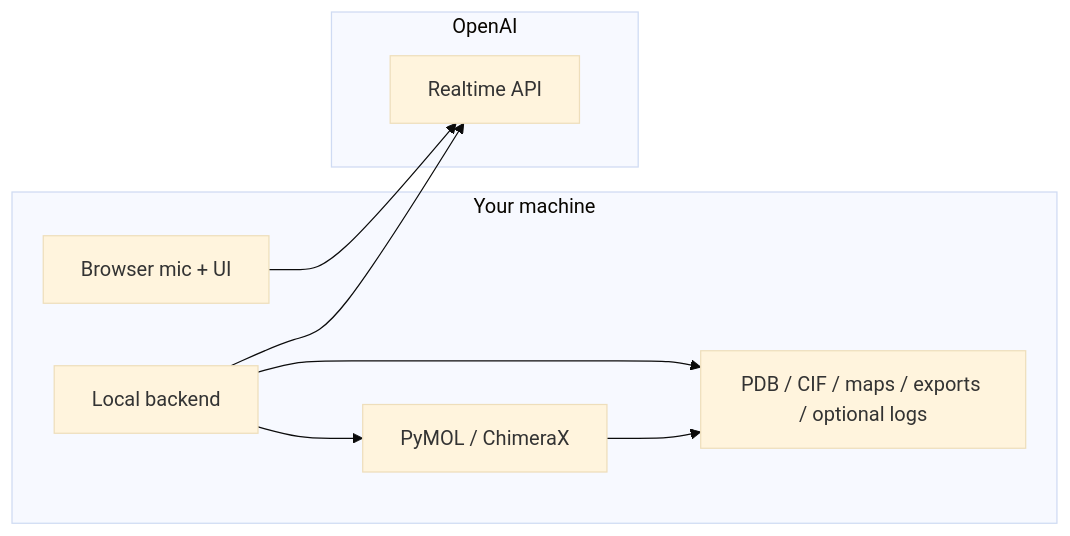
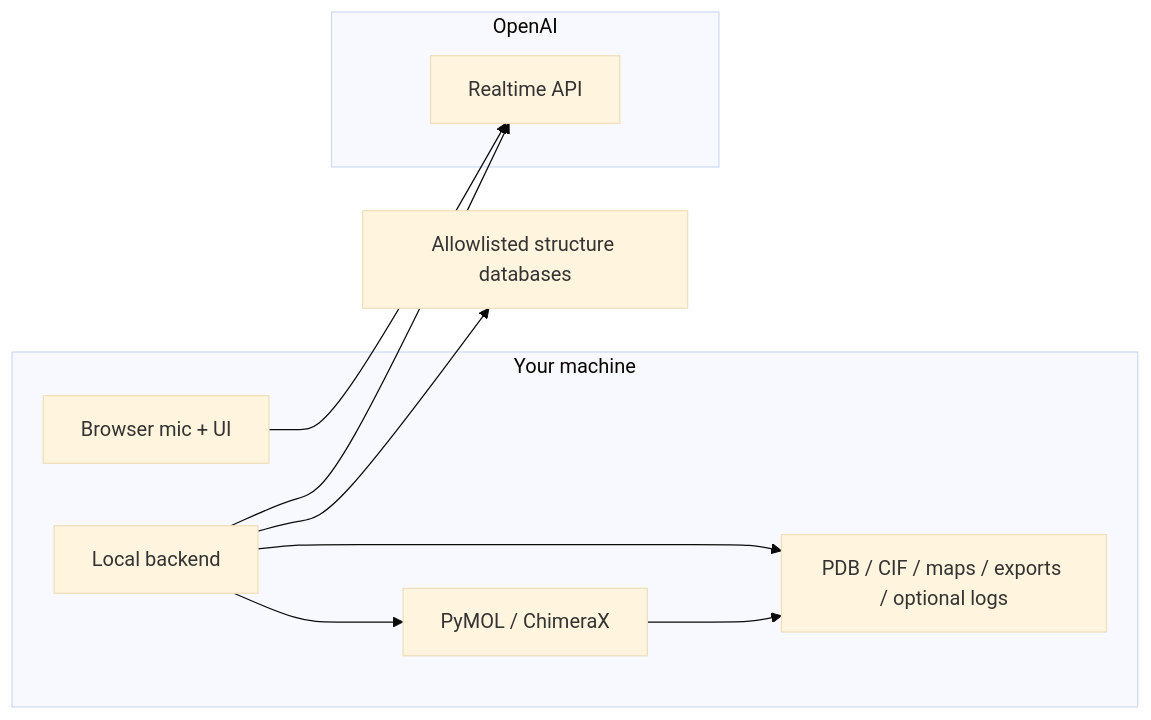
The second of 2 diagrams in docs/architecture.md (jvogan/biovoice), drawn with Mermaid (base theme) before and after one commit. The commit also changed other lines of this file and 49 other files, not shown here.

````diff
--- a/docs/architecture.md
+++ b/docs/architecture.md
@@ -42,19 +43,20 @@
 ```mermaid
 flowchart LR
   subgraph LocalMachine["Your machine"]
     Browser["Browser mic + UI"]
     Server["Local backend"]
     Targets["PyMOL / ChimeraX"]
     Files["PDB / CIF / maps / exports / optional logs"]
   end
 
   subgraph OpenAICloud["OpenAI"]
     Realtime["Realtime API"]
   end
 
   Browser --> Realtime
   Server --> Realtime
   Server --> Targets
   Server --> Files
+  Server --> Databases["Allowlisted structure databases"]
   Targets --> Files
 ```
````
